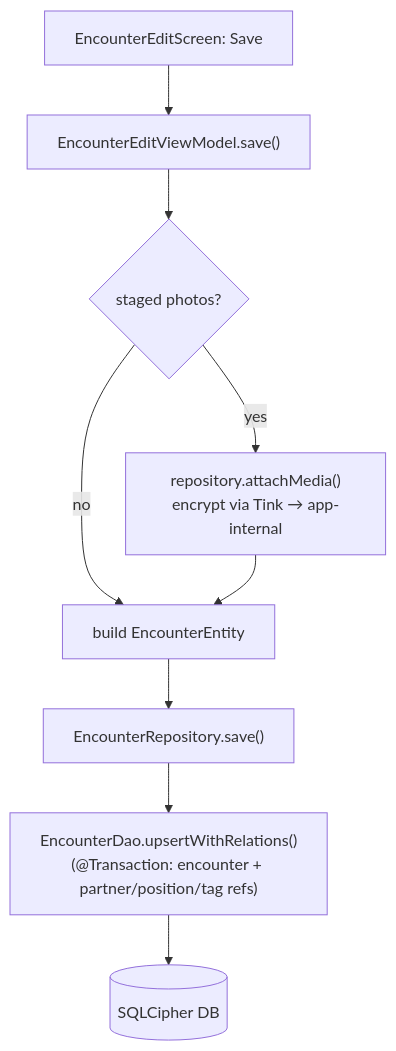
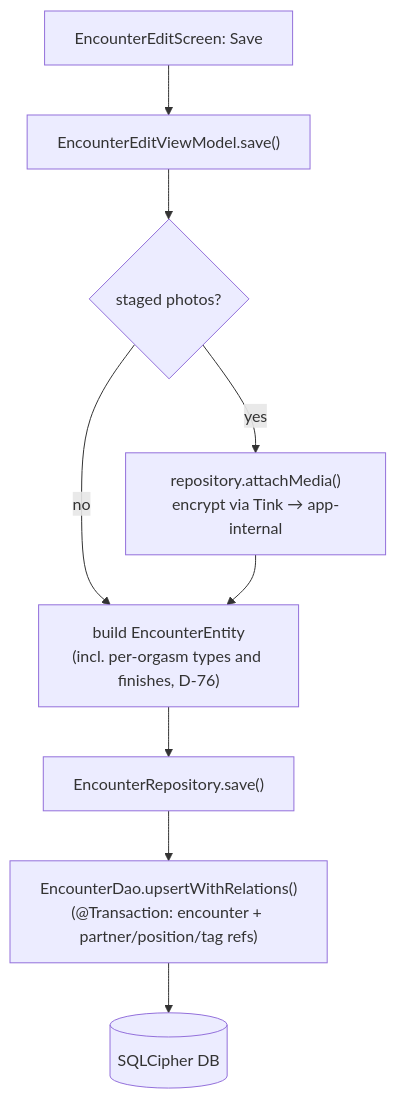
The fifth of 10 diagrams in docs/FLOWCHARTS.md (herbiewalker/tryst), drawn with Mermaid before and after one commit. The commit also changed other lines of this file and 11 other files, not shown here.

````diff
--- a/docs/FLOWCHARTS.md
+++ b/docs/FLOWCHARTS.md
@@ -132,11 +132,11 @@
 ```mermaid
 flowchart TD
     A["EncounterEditScreen: Save"] --> B["EncounterEditViewModel.save()"]
     B --> C{"staged photos?"}
     C -->|yes| D["repository.attachMedia()<br/>encrypt via Tink → app-internal"]
     C -->|no| E
-    D --> E["build EncounterEntity"]
+    D --> E["build EncounterEntity<br/>(incl. per-orgasm types and finishes, D-76)"]
     E --> F["EncounterRepository.save()"]
     F --> G["EncounterDao.upsertWithRelations()<br/>(@Transaction: encounter + partner/position/tag refs)"]
     G --> H[("SQLCipher DB")]
 ```
````
